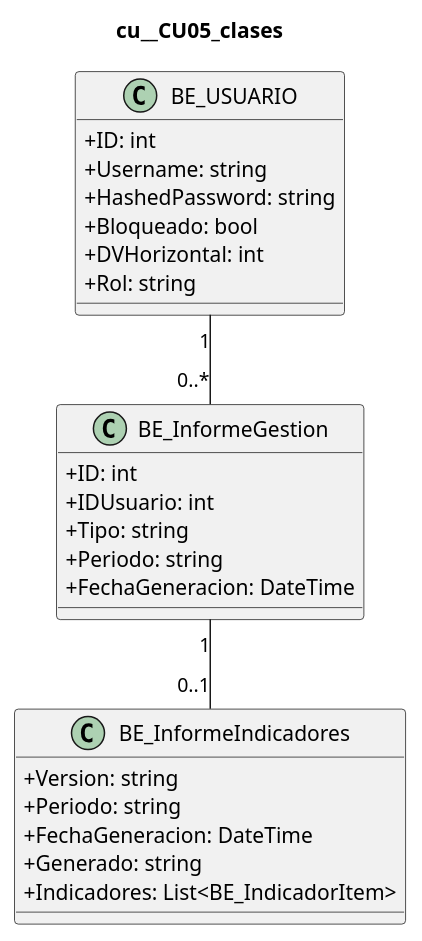
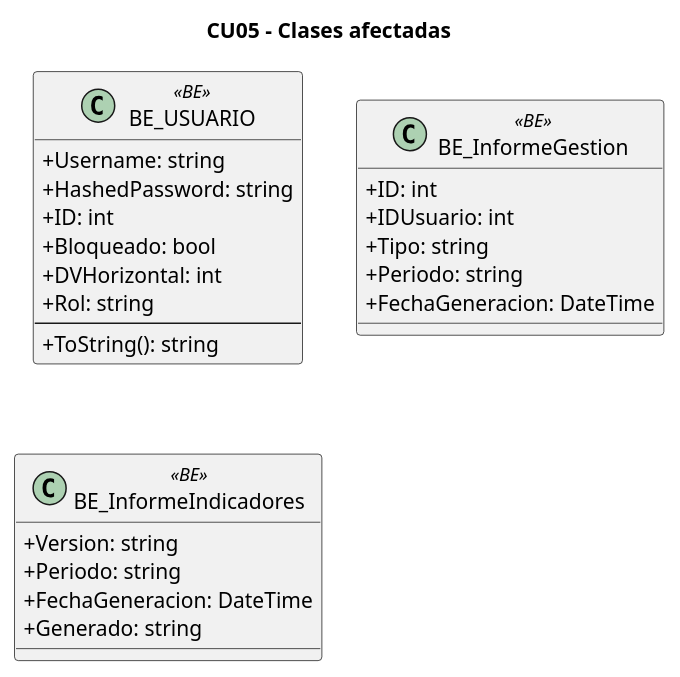
Before and after one commit to L-Muniz/uai-diploma_2026: the diagram in docs/diagramas/uml/cu__CU05_clases.puml, drawn with PlantUML. The commit also changed 58 other files, not shown here.

Commit message:
Docs: diagramas de clases con la notación de la tercera entrega (paquetes, estereotipos, firmas, asociaciones)

```diff
--- a/docs/diagramas/uml/cu__CU05_clases.puml
+++ b/docs/diagramas/uml/cu__CU05_clases.puml
@@ -1,28 +1,27 @@
 @startuml
 skinparam classAttributeIconSize 0
-title cu__CU05_clases
-class "BE_USUARIO" as USUARIO {
-  +ID: int
+title CU05 - Clases afectadas
+class "BE_USUARIO" as BE_USUARIO <<BE>> {
   +Username: string
   +HashedPassword: string
+  +ID: int
   +Bloqueado: bool
   +DVHorizontal: int
   +Rol: string
+  --
+  +ToString(): string
 }
-class "BE_InformeGestion" as INFORME {
+class "BE_InformeGestion" as BE_InformeGestion <<BE>> {
   +ID: int
   +IDUsuario: int
   +Tipo: string
   +Periodo: string
   +FechaGeneracion: DateTime
 }
-class "BE_InformeIndicadores" as IND {
+class "BE_InformeIndicadores" as BE_InformeIndicadores <<BE>> {
   +Version: string
   +Periodo: string
   +FechaGeneracion: DateTime
   +Generado: string
-  +Indicadores: List<BE_IndicadorItem>
 }
-USUARIO "1" -- "0..*" INFORME
-INFORME "1" -- "0..1" IND
 @enduml
```
